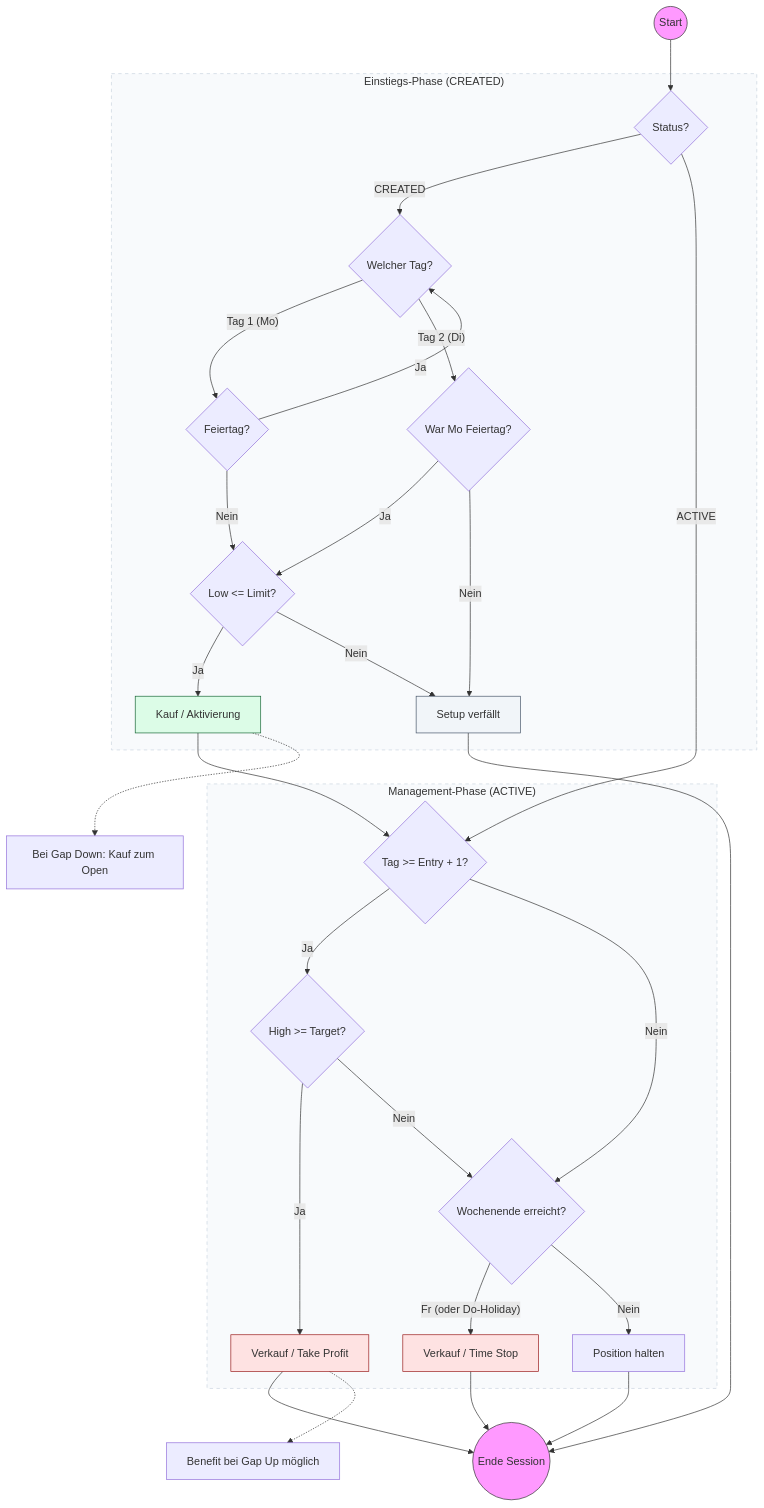
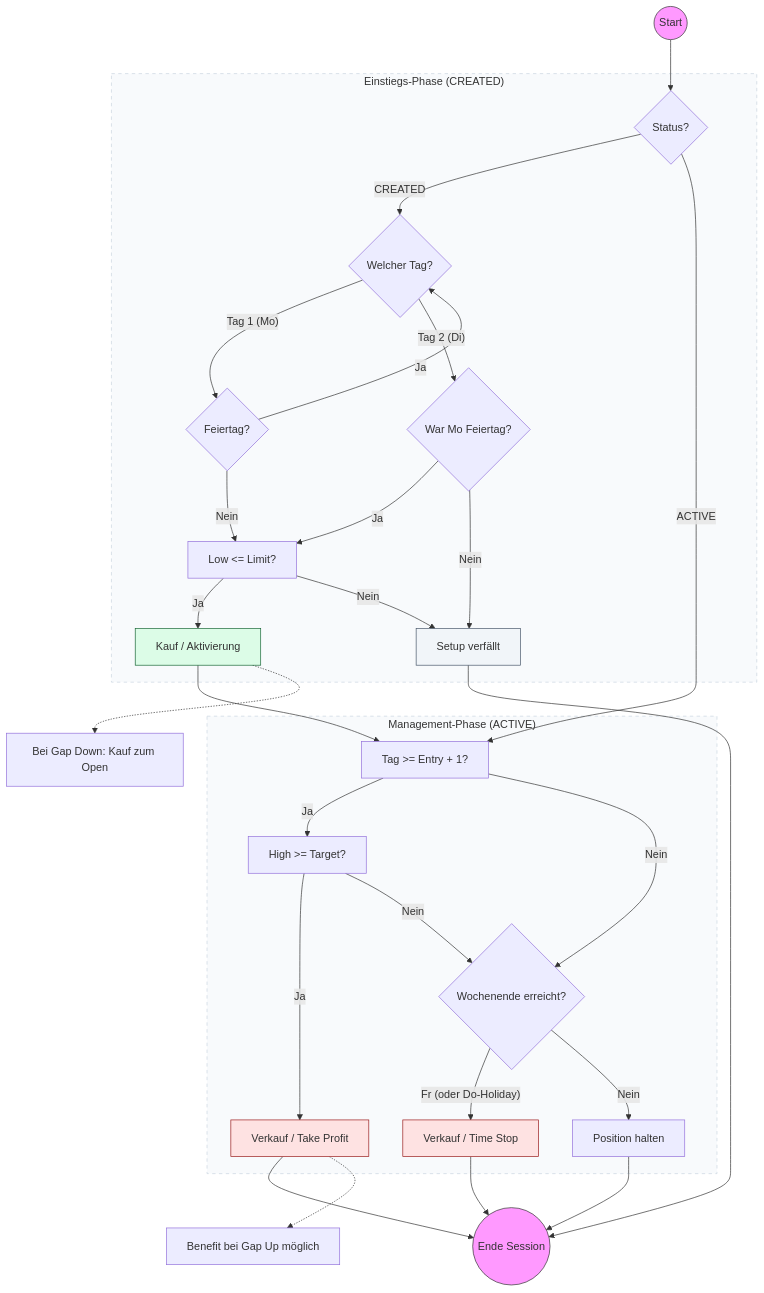
Before and after one commit to fxhuhn/croc-trader: the diagram in .agents/skills/strategy-screener/playbook/two_percent.md, drawn with Mermaid. The commit also changed 15 other files, not shown here.

````diff
--- a/.agents/skills/strategy-screener/playbook/two_percent.md
+++ b/.agents/skills/strategy-screener/playbook/two_percent.md
@@ -25,54 +25,54 @@
 ```mermaid
 graph TD
     Start((Start)) --> Status{Status?}
 
     subgraph Setup ["Einstiegs-Phase (CREATED)"]
     Status -- CREATED --> DayCheck{Welcher Tag?}
 
     DayCheck -- "Tag 1 (Mo)" --> HolCheck{Feiertag?}
     HolCheck -- Ja --> DayCheck
-    HolCheck -- Nein --> FillCheck{Low <= Limit?}
+    HolCheck -- Nein --> FillCheck["Low <= Limit?"]
     DayCheck -- "Tag 2 (Di)" --> PreHol{War Mo Feiertag?}
         PreHol -- Ja --> FillCheck
         PreHol -- Nein --> Inval[Setup verfällt]
 
         FillCheck -- Ja --> Buy[Kauf / Aktivierung]
         FillCheck -- Nein --> Inval
         end
 
         subgraph Management ["Management-Phase (ACTIVE)"]
-        Status -- ACTIVE --> AgeCheck{Tag >= Entry + 1?}
+        Status -- ACTIVE --> AgeCheck["Tag >= Entry + 1?"]
 
-        AgeCheck -- Ja --> TPCheck{High >= Target?}
+        AgeCheck -- Ja --> TPCheck["High >= Target?"]
         TPCheck -- Ja --> ExitTP[Verkauf / Take Profit]
         TPCheck -- Nein --> TimeCheck
 
         AgeCheck -- Nein --> TimeCheck{Wochenende erreicht?}
 
         TimeCheck -- "Fr (oder Do-Holiday)" --> ExitTime[Verkauf / Time Stop]
         TimeCheck -- Nein --> Hold[Position halten]
         end
 
         %% Logische Verbindungen
         Buy --> AgeCheck
 
         %% Zusammenführung
         Hold --> Finish((Ende Session))
         ExitTP --> Finish
         ExitTime --> Finish
         Inval --> Finish
 
         %% Regeln
         Buy -.-> Rule1[Bei Gap Down: Kauf zum Open]
         ExitTP -.-> Rule2[Benefit bei Gap Up möglich]
 
         %% Styling
         style Start fill:#f9f,stroke:#333
         style Finish fill:#f9f,stroke:#333
         style Buy fill:#dcfce7,stroke:#166534
         style ExitTP fill:#fee2e2,stroke:#991b1b
         style ExitTime fill:#fee2e2,stroke:#991b1b
         style Inval fill:#f1f5f9,stroke:#475569
         style Setup fill:#f8fafc,stroke:#cbd5e1,stroke-dasharray: 5 5
         style Management fill:#f8fafc,stroke:#cbd5e1,stroke-dasharray: 5 5
 ```
````
